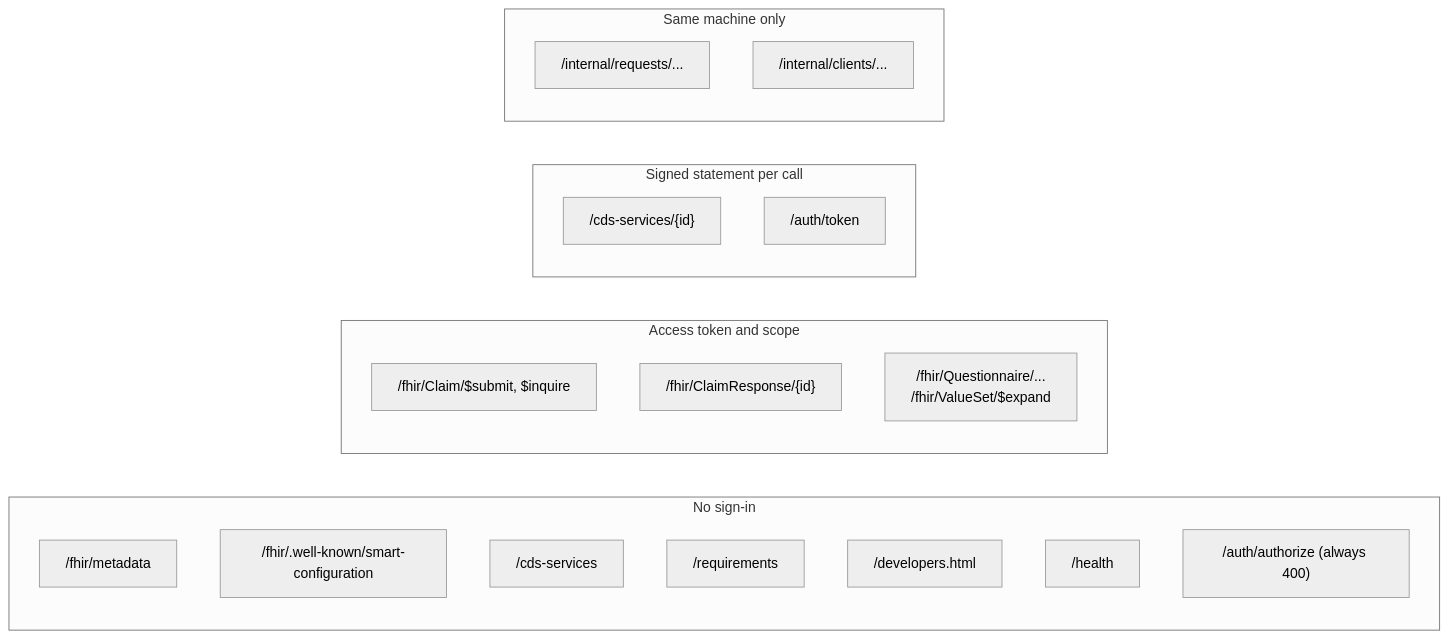
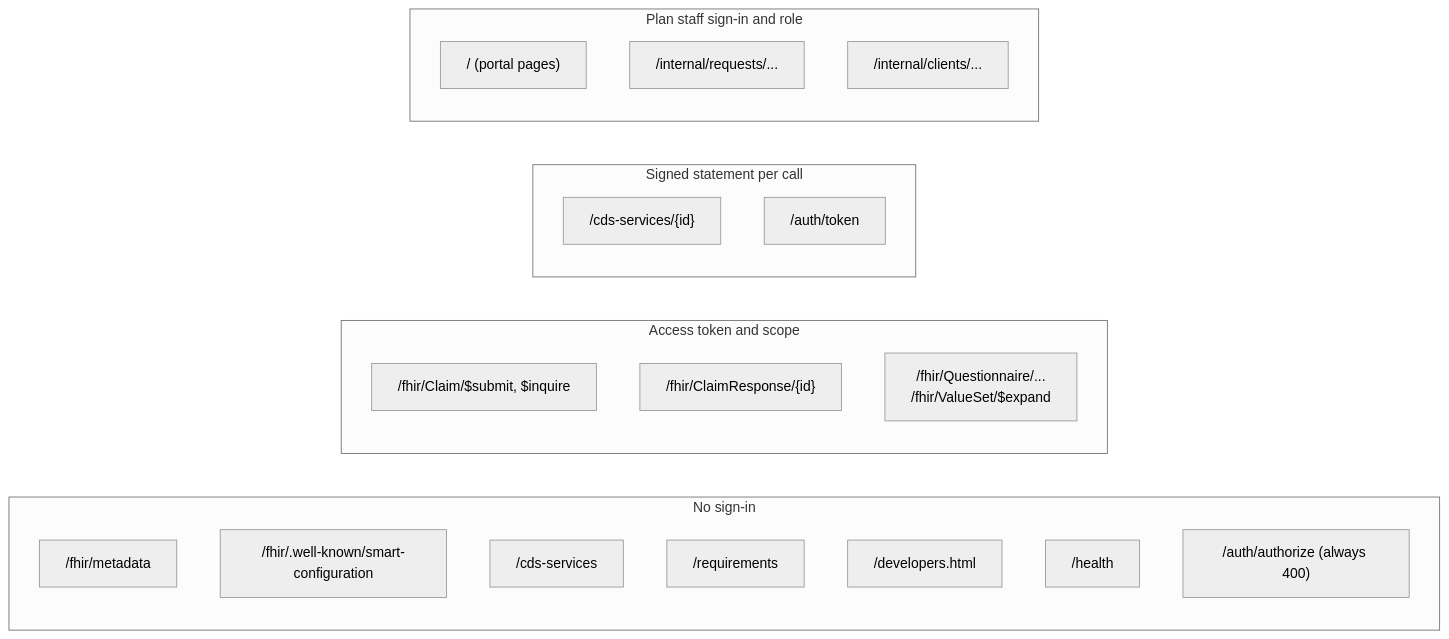
Before and after one commit to tngo0508/prior-auth-api: the sixth of 8 diagrams in docs/architecture.md, drawn with Mermaid (neutral theme). The commit also changed other lines of this file and 56 other files, not shown here.

First line of the commit message:
Add staff sign-in and the reviewer portal

````diff
--- a/docs/architecture.md
+++ b/docs/architecture.md
@@ -244,25 +249,26 @@
 ```mermaid
 flowchart LR
     subgraph PUBLIC["No sign-in"]
         P1["/fhir/metadata"]
         P2["/fhir/.well-known/smart-configuration"]
         P3["/cds-services"]
         P4["/requirements"]
         P5["/developers.html"]
         P6["/health"]
         P7["/auth/authorize (always 400)"]
     end
     subgraph TOKEN["Access token and scope"]
         T1["/fhir/Claim/$submit, $inquire"]
         T2["/fhir/ClaimResponse/{id}"]
         T3["/fhir/Questionnaire/...<br/>/fhir/ValueSet/$expand"]
     end
     subgraph JWT["Signed statement per call"]
         J1["/cds-services/{id}"]
         J2["/auth/token"]
     end
-    subgraph LOCAL["Same machine only"]
+    subgraph LOCAL["Plan staff sign-in and role"]
+        L0["/ (portal pages)"]
         L1["/internal/requests/..."]
         L2["/internal/clients/..."]
     end
 ```
````
